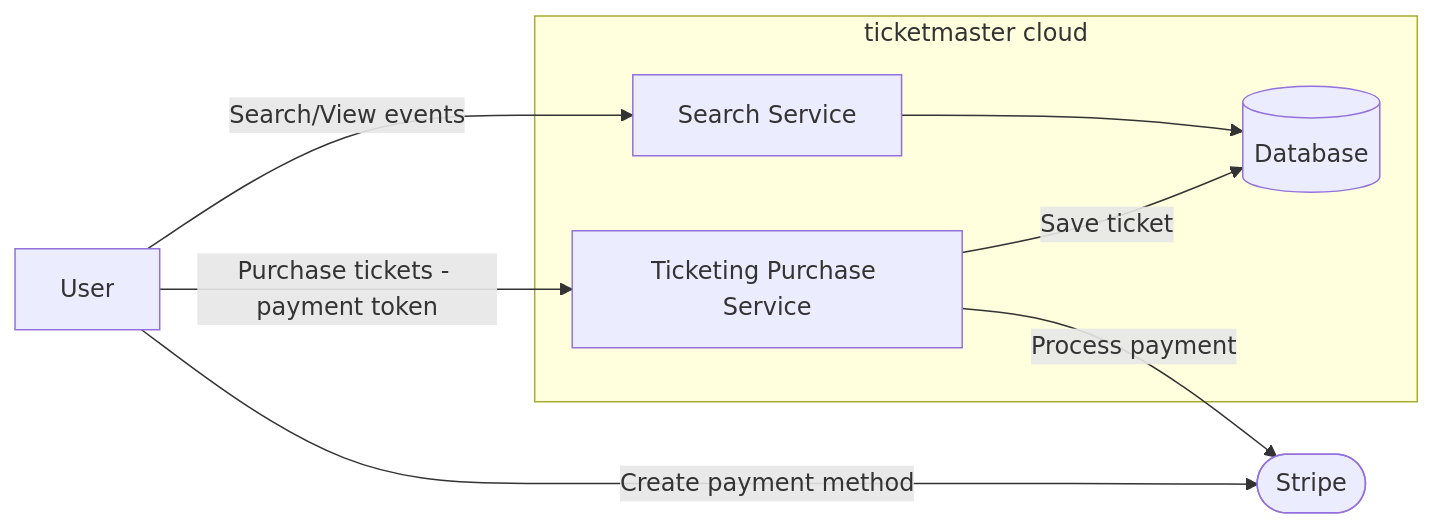
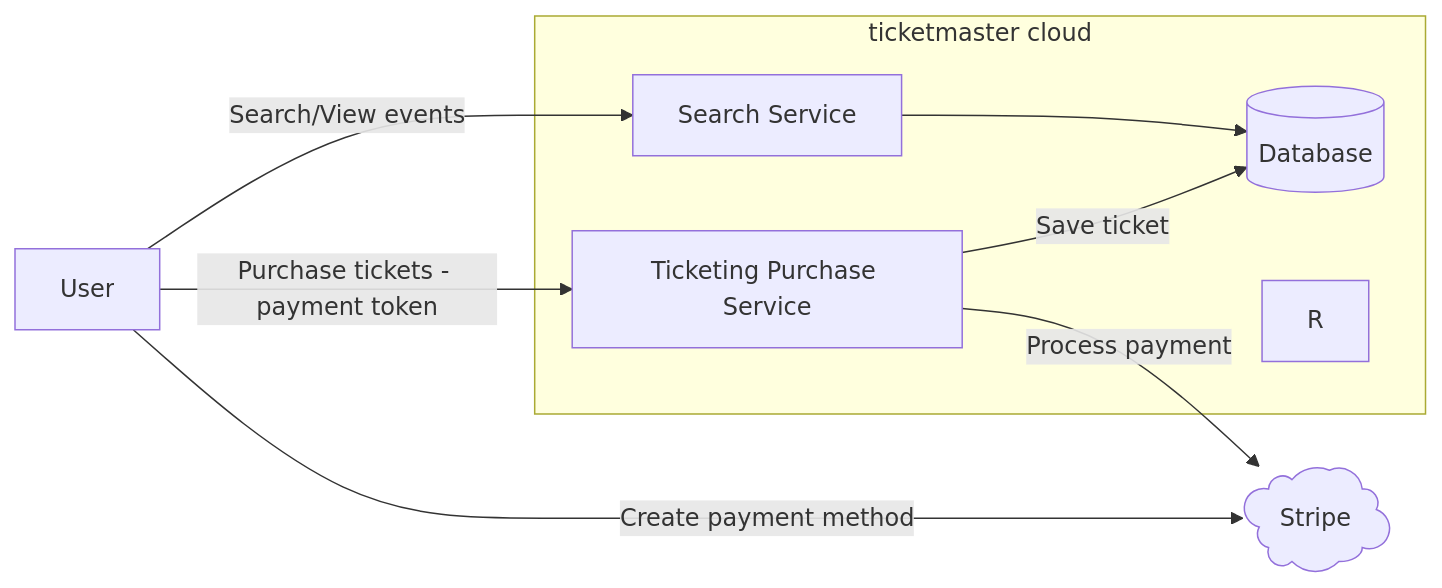
One commit to canda/javascript-excercises changed the diagram in src/system-design/ticketmaster/ticketmaster.mmd. Above: the diagram before and after it, drawn with Mermaid. The commit also changed other lines of this file, not shown here.

Commit message:
Mar 1, 2026, 12:37 PM

```diff
--- a/src/system-design/ticketmaster/ticketmaster.mmd
+++ b/src/system-design/ticketmaster/ticketmaster.mmd
@@ -1,36 +1,38 @@
 %% Functional requirements
 %%   - Search for events
 %%   - View event details
 %%   - Purchase tickets
 %%   - View purchased tickets
 
 %% Non-functional requirements
 %%   - Many users should be able to search and purchase tickets simultaneously without performance degradation.
 %%   - Millions of simultaneous users trying to purchase tickets for popular events should not cause the system to crash.
 %%   - Tens of thousands of events
 
 %% Models
 %% Event: id, name, date, venue, available_tickets
 %% User: id, name, email
 %% Ticket: id, event_id, user_id, purchase_date, payment_method_id
 
 %% API
 %% /search?q={query} - GET -  Search for events
 %% /events/{event_id} - GET -  Get event details
 %% /payment-method - POST -  create a payment method (POST request with payment token from stripe)
 %% /purchase - POST -  Purchase tickets (POST request with event_id, quantity, and payment method id)
 %% /tickets - GET -  View purchased tickets (GET request with user authentication)
 
 flowchart LR
   U[User]
+  St@{ shape: cloud, label: "Stripe" }
   subgraph ticketmaster cloud
     S[Search Service]
     D@{ shape: database, label: "Database" }
     TP[Ticketing Purchase Service]
+    R
   end
   U -->|Search/View events| S[Search Service]
   S --> D
-  U -->|Create payment method| St([Stripe])
+  U -->|Create payment method| St
   U -->|Purchase tickets - payment token| TP
   TP -->|Process payment| St
   TP -->|Save ticket| D
```
